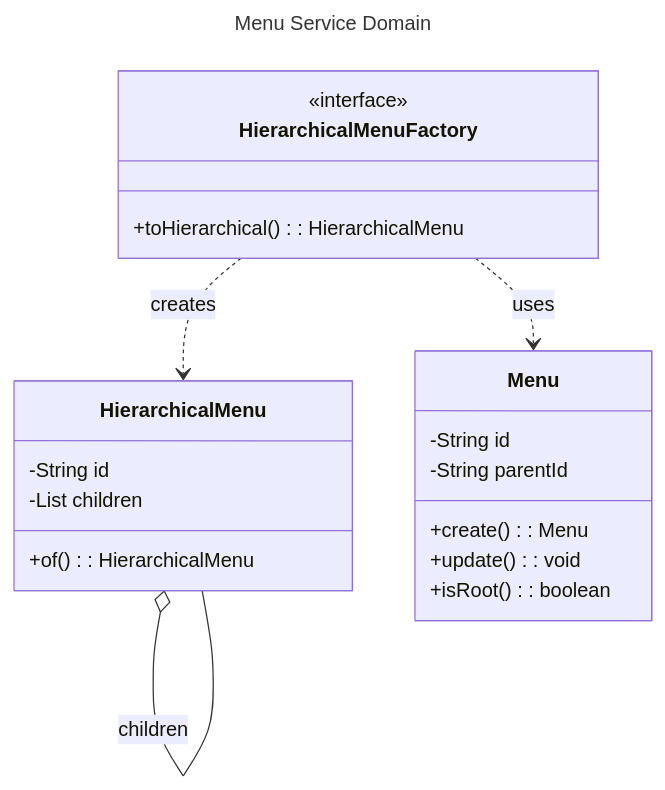
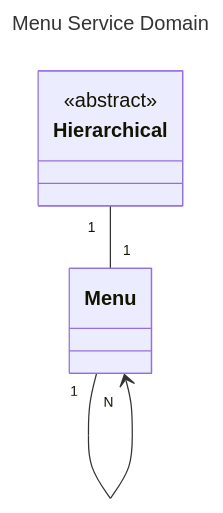
Before and after one commit to KalGookSoo/springboot-msa: the first of 2 diagrams in menu/README.md, drawn with Mermaid. The commit also changed 1 other file, not shown here.

Commit message:
docs: README.md 수정 클래스 다이어그램 수정

````diff
--- a/menu/README.md
+++ b/menu/README.md
@@ -26,25 +26,14 @@
 ```mermaid
 ---
 title: Menu Service Domain
 ---
 classDiagram
-    class HierarchicalMenu {
-        -String id
-        -List<HierarchicalMenu> children
-        +of(): HierarchicalMenu
+    direction TB
+    class Menu
+    class Hierarchical {
+        <<abstract>>
     }
-    class HierarchicalMenuFactory {
-        <<interface>>
-        +toHierarchical(): HierarchicalMenu
-    }
-    class Menu {
-        -String id
-        -String parentId
-        +create(): Menu
-        +update(): void
-        +isRoot(): boolean
-    }
-    HierarchicalMenuFactory ..> HierarchicalMenu: creates
-    HierarchicalMenuFactory ..> Menu: uses
-    HierarchicalMenu o-- HierarchicalMenu: children
+    Hierarchical "1" -- "1" Menu
+    Menu "1" --> "N" Menu
+
 ```
````
